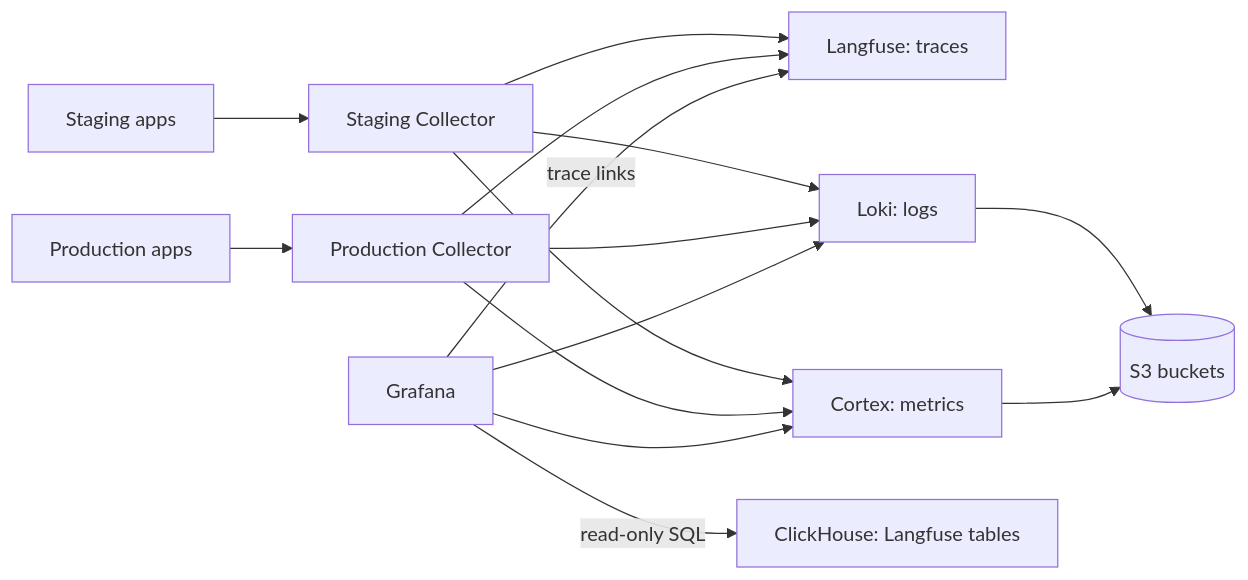
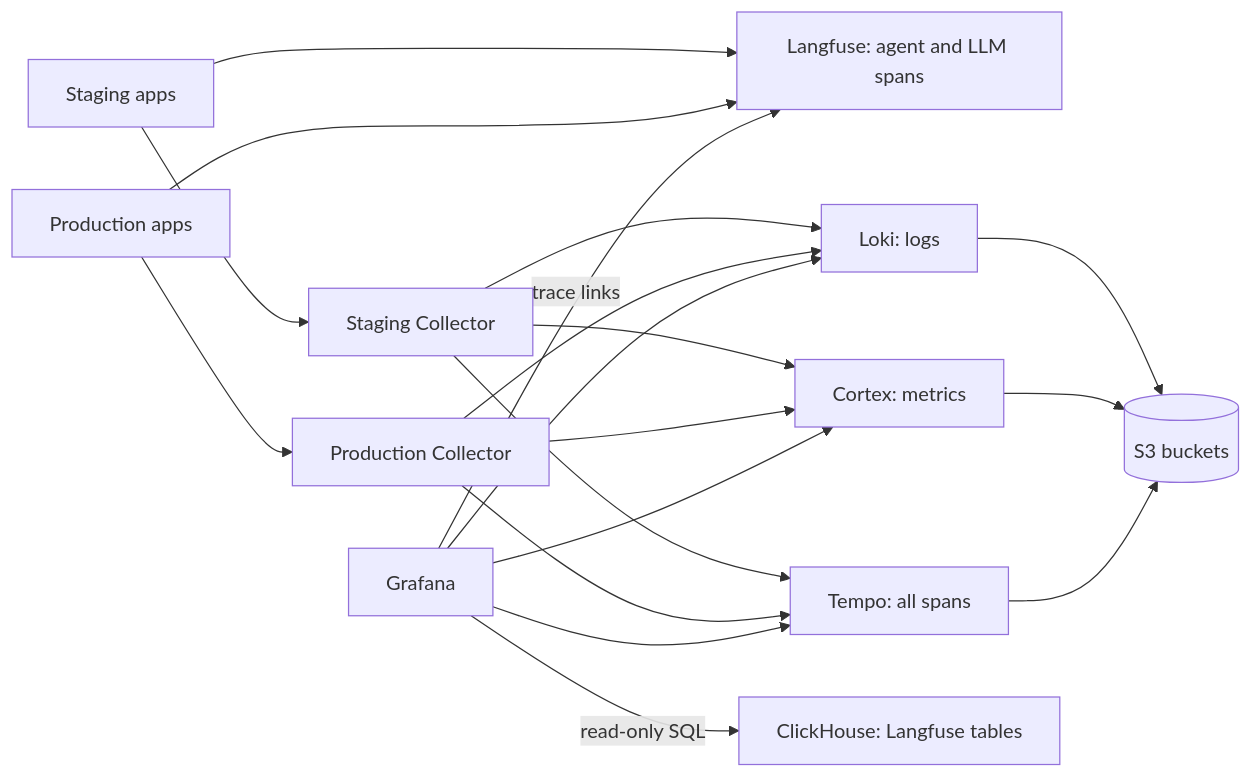
The diagram in docs/runbooks/observability.md (the-liems/relohome), drawn with Mermaid before and after one commit. The commit also changed other lines of this file and 23 other files, not shown here.

First line of the commit message:
feat(observability): trace agents in Langfuse and complete requests in Tempo (#184)

````diff
--- a/docs/runbooks/observability.md
+++ b/docs/runbooks/observability.md
@@ -12,13 +13,15 @@
 ```mermaid
 flowchart LR
     S[Staging apps] --> SC[Staging Collector]
     P[Production apps] --> PC[Production Collector]
-    SC & PC --> LF[Langfuse: traces]
+    S & P --> LF[Langfuse: agent and LLM spans]
+    SC & PC --> T[Tempo: all spans]
     SC & PC --> L[Loki: logs]
     SC & PC --> M[Cortex: metrics]
-    L & M --> S3[(S3 buckets)]
+    L & M & T --> S3[(S3 buckets)]
     G[Grafana] --> L
     G --> M
+    G --> T
     G -->|read-only SQL| CH[ClickHouse: Langfuse tables]
     G -->|trace links| LF
 ```
````
